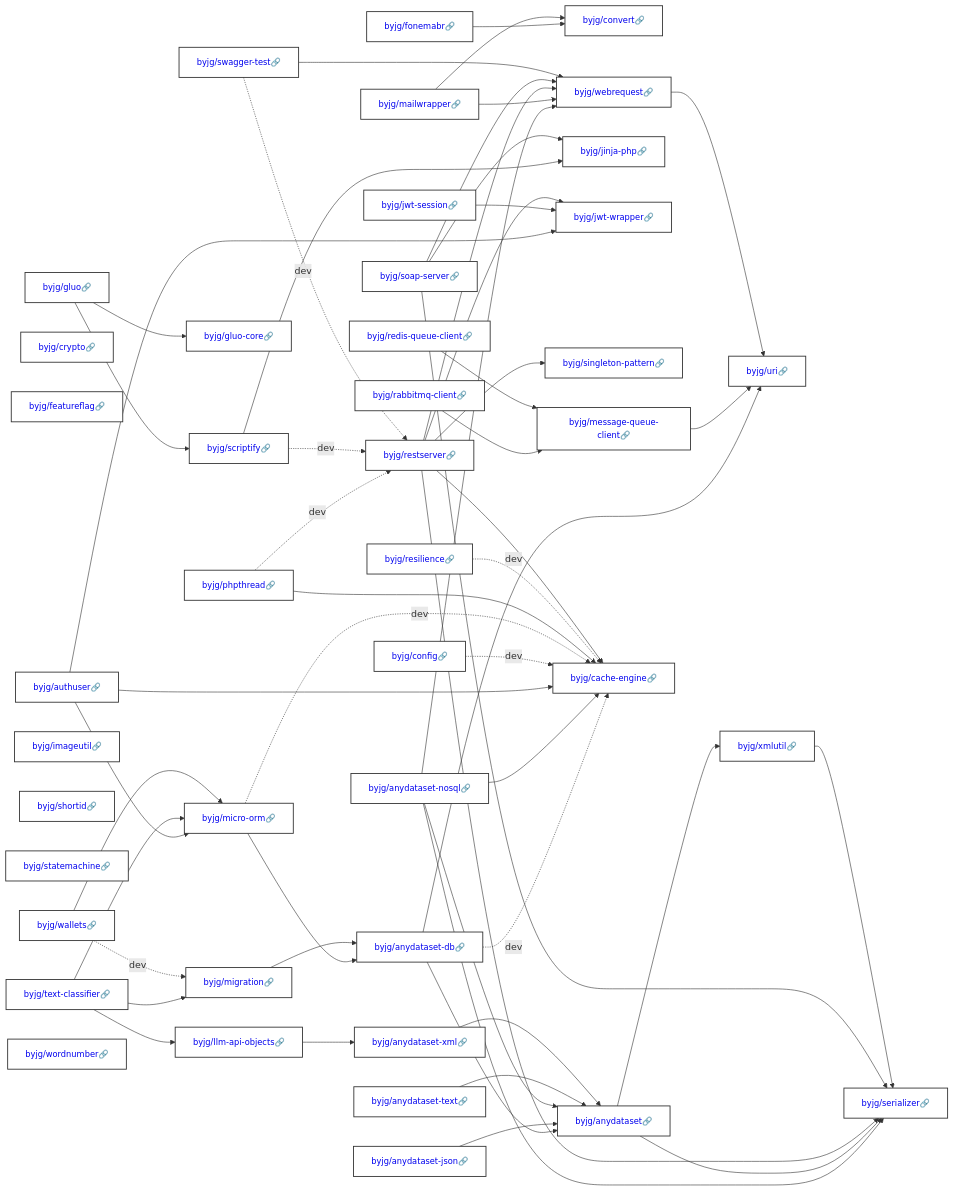
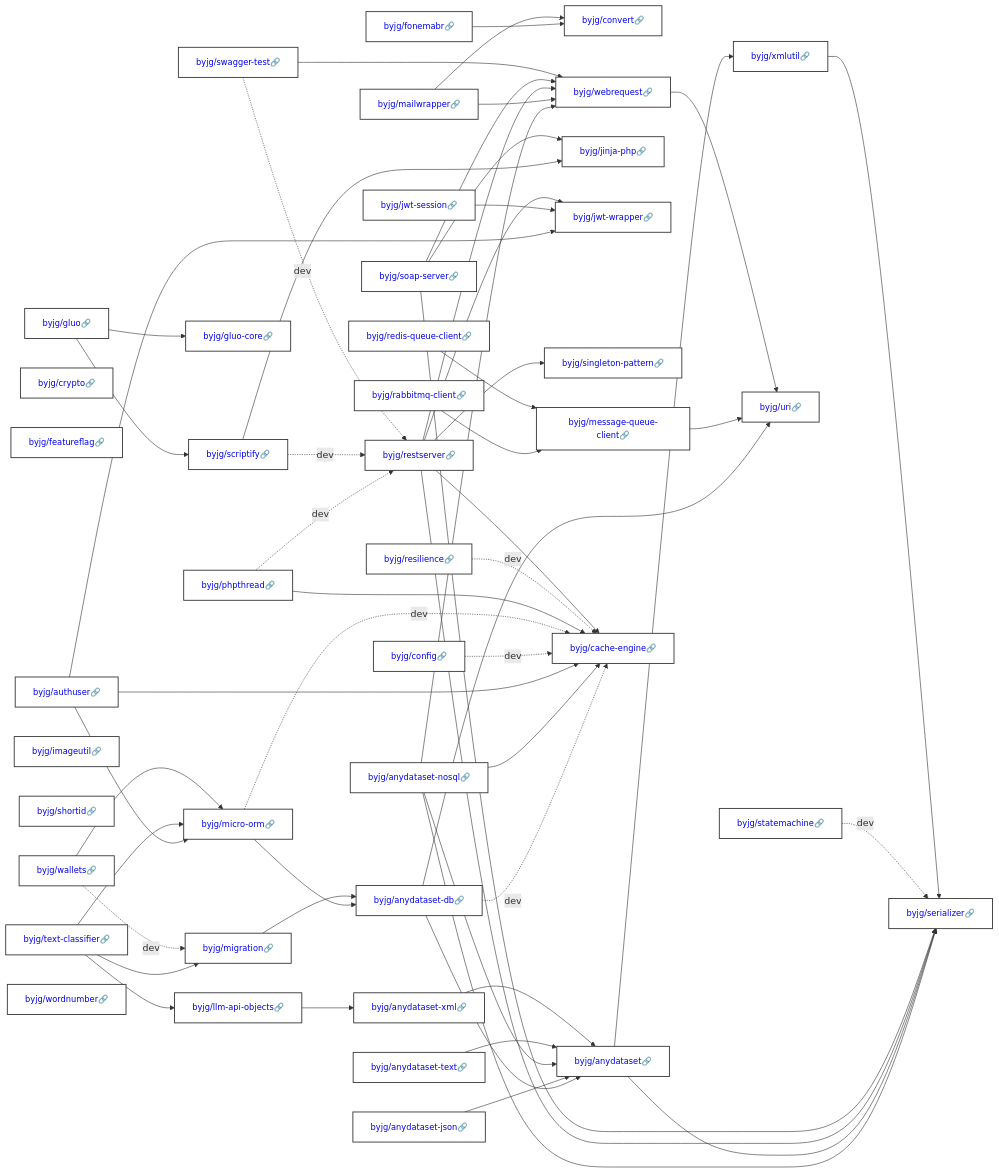
The diagram in docs/php/README.md (byjg/byjg.github.io), drawn with Mermaid before and after one commit. The commit also changed 9 other files, not shown here.

```diff
--- a/docs/php/README.md
+++ b/docs/php/README.md
@@ -90,6 +90,7 @@
   byjg/soap-server --> byjg/jinja-php;
   byjg/soap-server --> byjg/serializer;
   byjg/soap-server --> byjg/webrequest;
+  byjg/statemachine -.->|dev| byjg/serializer;
   byjg/swagger-test --> byjg/webrequest;
   byjg/swagger-test -.->|dev| byjg/restserver;
   byjg/text-classifier --> byjg/llm-api-objects;
```
